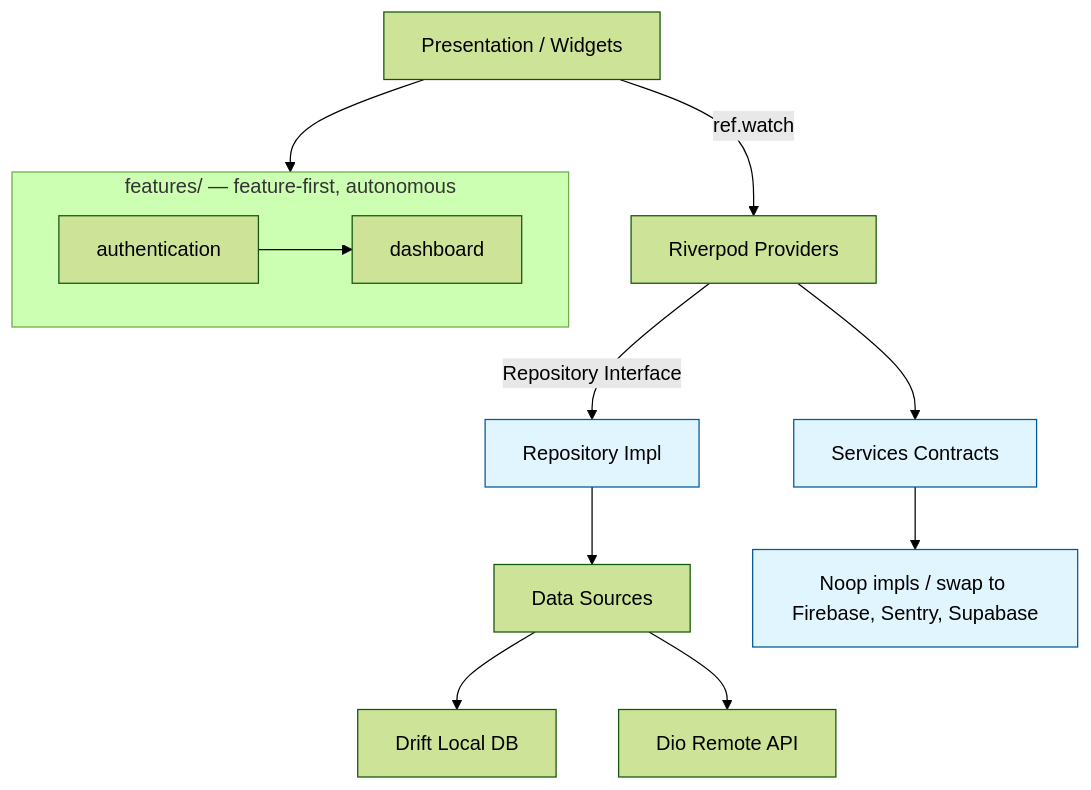
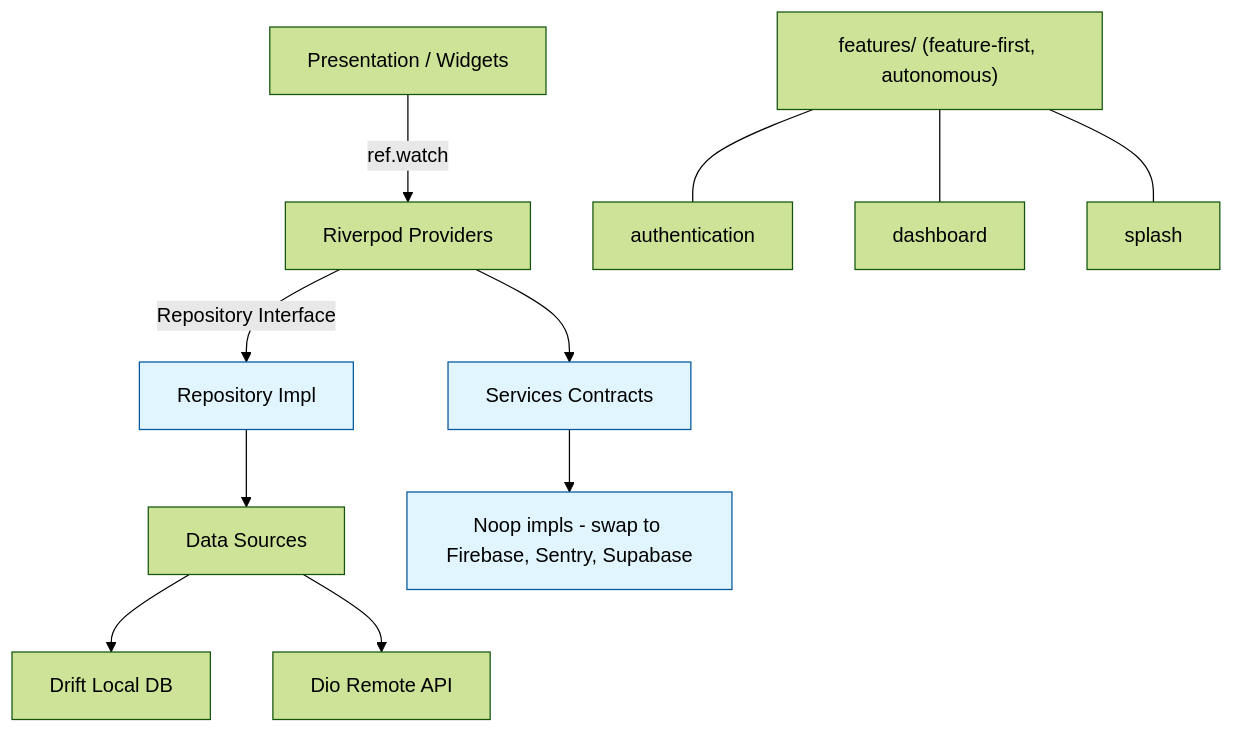
One commit to ratingtesting/flutter-clean-arch-unicorn changed the diagram in README.md. Above: the diagram before and after it, drawn with Mermaid (forest theme).

Commit message:
fix(docs): mermaid architecture diagram renders on GitHub
All node labels double-quoted; subgraph replaced by explicit feature nodes
(FEAT --- AUTH/DASH/SPLASH) so transitions are not drawn through a subgraph;
removed the false AUTH --> DASH dependency (R-FEATURE-1 forbids cross-feature
imports, so no edge between features). Removes the 'Cannot read properties of
undefined' render error on the public README.

````diff
--- a/README.md
+++ b/README.md
@@ -238,16 +238,19 @@
 ```mermaid
 flowchart TD
-    UI[Presentation / Widgets] -->|ref.watch| PROV[Riverpod Providers]
-    PROV -->|Repository Interface| REPO[Repository Impl]
-    REPO --> DS[Data Sources]
-    DS --> LOCAL[Drift Local DB]
-    DS --> REMOTE[Dio Remote API]
-    PROV --> SVC[Services Contracts]
-    SVC --> NOOP[Noop impls / swap to Firebase, Sentry, Supabase]
-    subgraph features [features/ — feature-first, autonomous]
-        AUTH[authentication] --> DASH[dashboard]
-    end
-    UI --> features
+    UI["Presentation / Widgets"] -->|ref.watch| PROV["Riverpod Providers"]
+    PROV -->|"Repository Interface"| REPO["Repository Impl"]
+    REPO --> DS["Data Sources"]
+    DS --> LOCAL["Drift Local DB"]
+    DS --> REMOTE["Dio Remote API"]
+    PROV --> SVC["Services Contracts"]
+    SVC --> NOOP["Noop impls - swap to Firebase, Sentry, Supabase"]
+    FEAT["features/ (feature-first, autonomous)"]
+    AUTH["authentication"]
+    DASH["dashboard"]
+    SPLASH["splash"]
+    FEAT --- AUTH
+    FEAT --- DASH
+    FEAT --- SPLASH
     classDef contract fill:#e1f5ff,stroke:#01579b;
     class SVC,NOOP,REPO contract;
 ```
````
